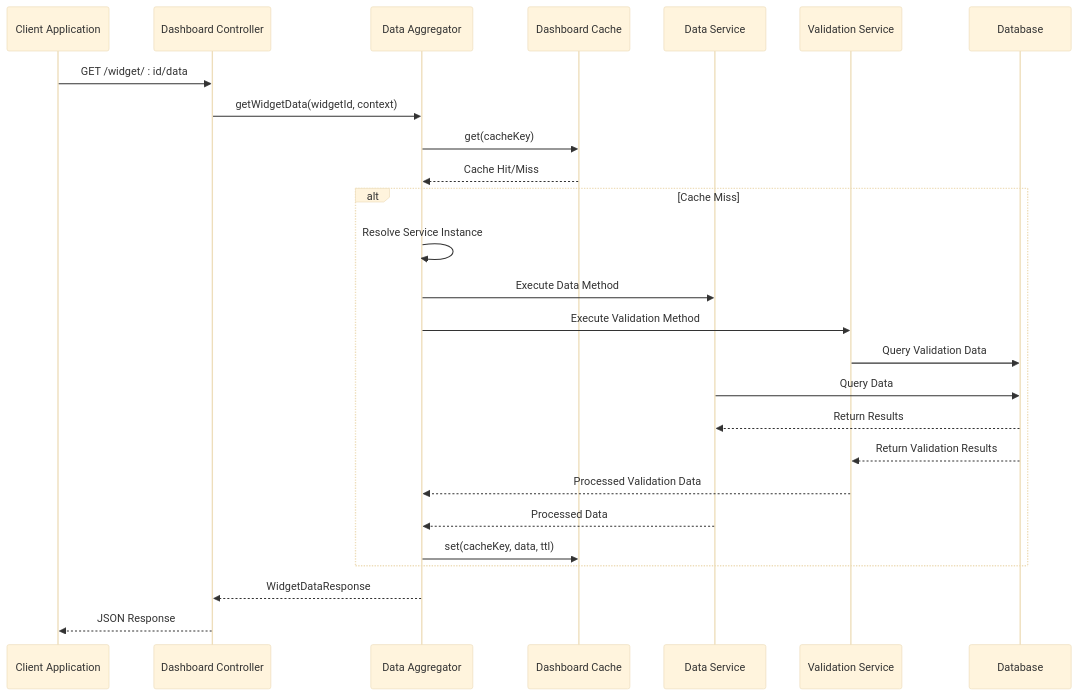
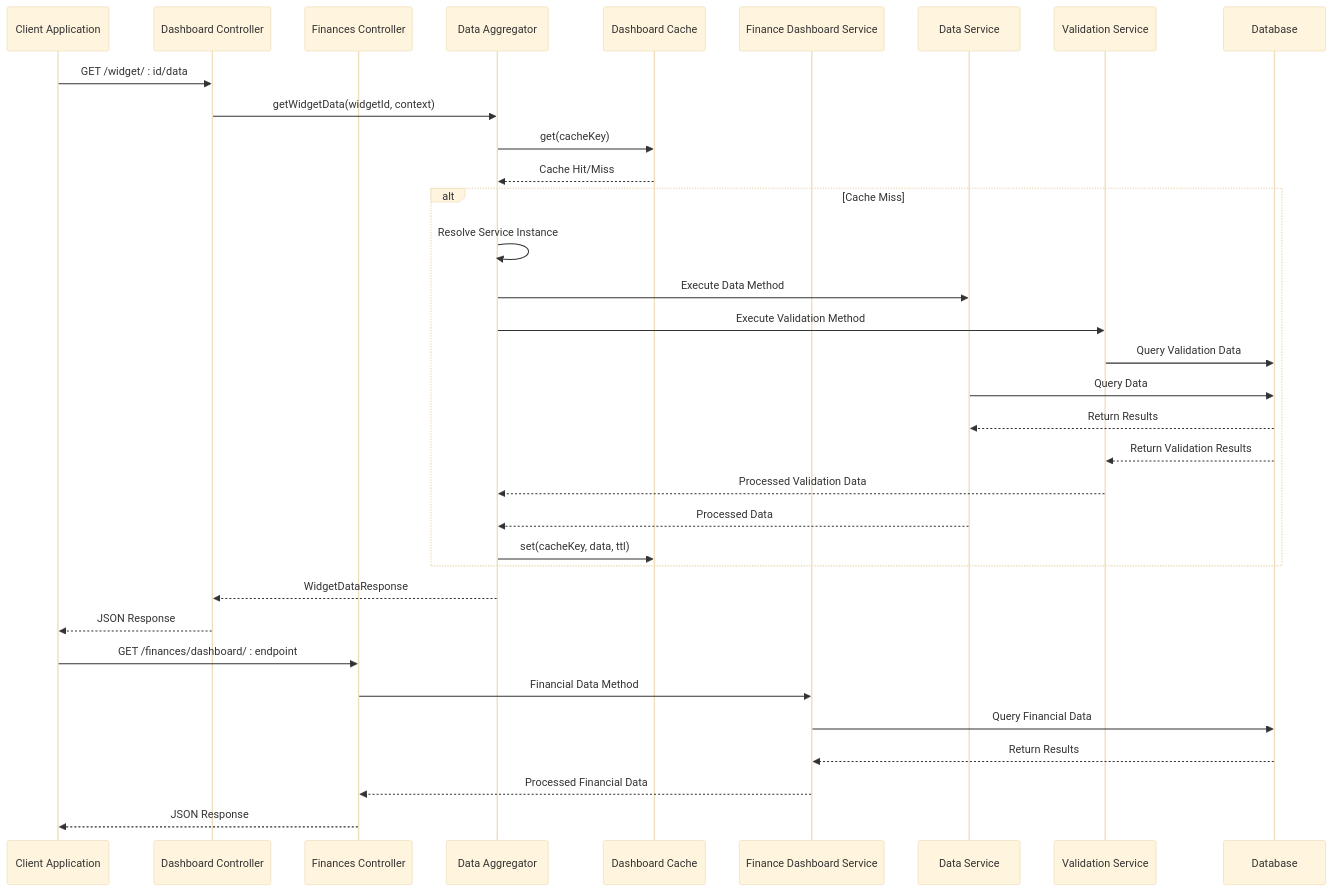
One commit to franckylab/eLISAschool changed the fifth of 11 diagrams in .qoder/repowiki/en/content/Modules & Features/Dashboard System Implementation.md. Above: the diagram before and after it, drawn with Mermaid (base theme). The commit also changed other lines of this file and 236 other files, not shown here.

````diff
--- a/.qoder/repowiki/en/content/Modules & Features/Dashboard System Implementation.md
+++ b/.qoder/repowiki/en/content/Modules & Features/Dashboard System Implementation.md
@@ -229,28 +242,36 @@
 ```mermaid
 sequenceDiagram
 participant Client as Client Application
 participant Controller as Dashboard Controller
+participant FinancesController as Finances Controller
 participant Aggregator as Data Aggregator
 participant Cache as Dashboard Cache
+participant DashboardService as Finance Dashboard Service
 participant Service as Data Service
 participant Validation as Validation Service
 participant DB as Database
 Client->>Controller : GET /widget/ : id/data
 Controller->>Aggregator : getWidgetData(widgetId, context)
 Aggregator->>Cache : get(cacheKey)
 Cache-->>Aggregator : Cache Hit/Miss
 alt Cache Miss
 Aggregator->>Aggregator : Resolve Service Instance
 Aggregator->>Service : Execute Data Method
 Aggregator->>Validation : Execute Validation Method
 Validation->>DB : Query Validation Data
 Service->>DB : Query Data
 DB-->>Service : Return Results
 DB-->>Validation : Return Validation Results
 Validation-->>Aggregator : Processed Validation Data
 Service-->>Aggregator : Processed Data
 Aggregator->>Cache : set(cacheKey, data, ttl)
 end
 Aggregator-->>Controller : WidgetDataResponse
 Controller-->>Client : JSON Response
+Client->>FinancesController : GET /finances/dashboard/ : endpoint
+FinancesController->>DashboardService : Financial Data Method
+DashboardService->>DB : Query Financial Data
+DB-->>DashboardService : Return Results
+DashboardService-->>FinancesController : Processed Financial Data
+FinancesController-->>Client : JSON Response
 ```
````
